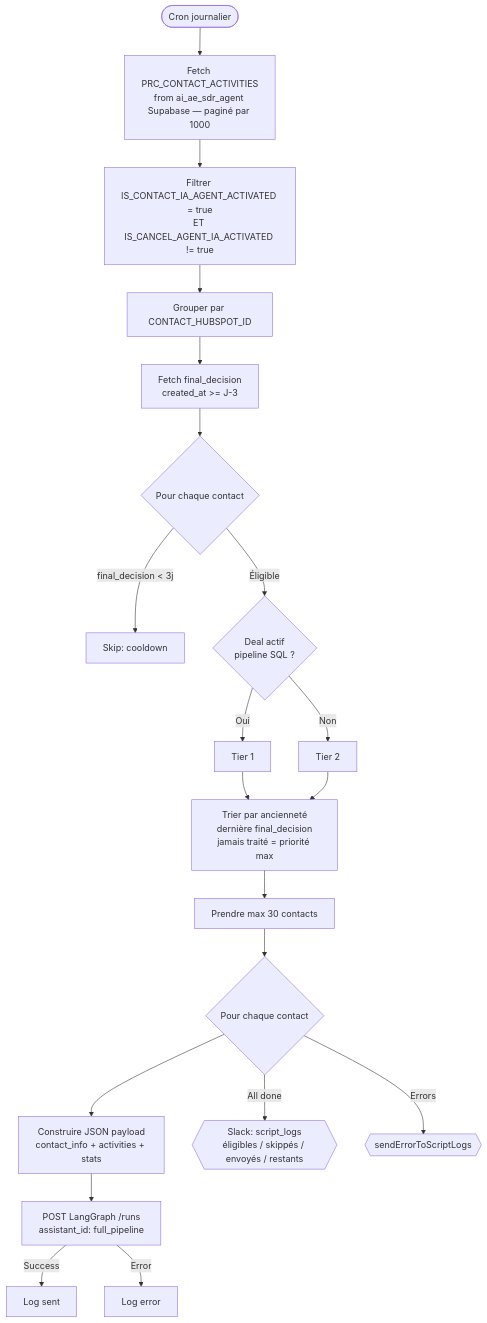
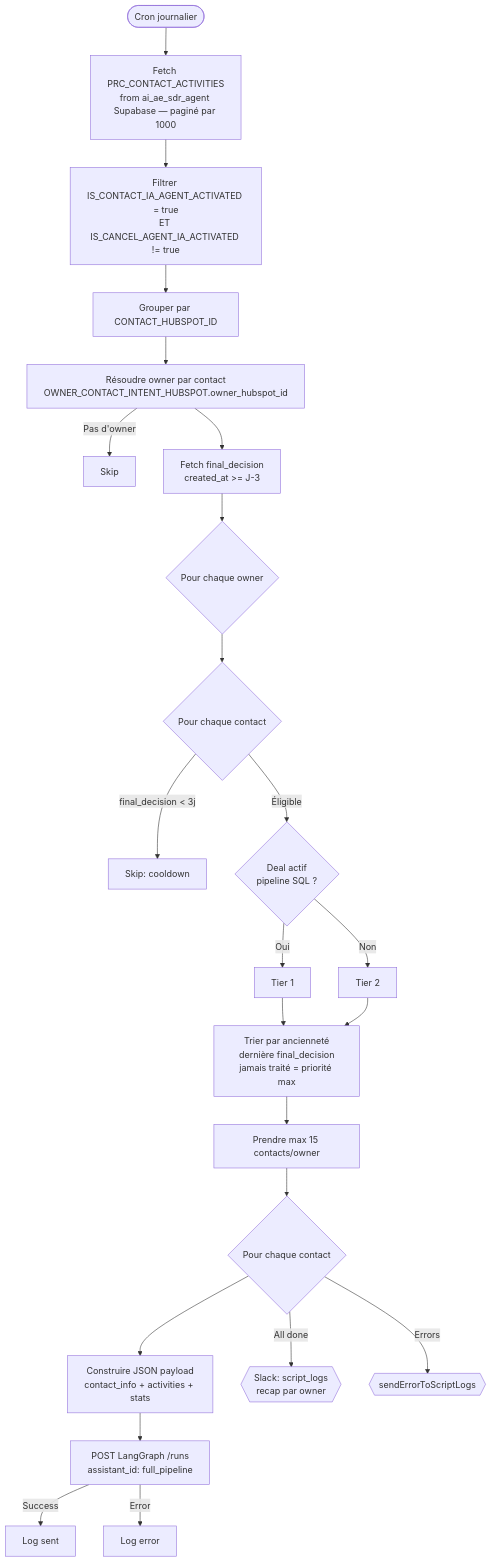
Before and after one commit to AirSaas/linkedin-scrapp: diagram 15 of 23 in CLAUDE.md, drawn with Mermaid. The commit also changed other lines of this file and 1 other file, not shown here.

Commit message:
Switch daily cap from 30 global to 15 per owner in send-contacts-to-langgraph
- Cap is now per owner (OWNER_CONTACT_INTENT_HUBSPOT.owner_hubspot_id), not global
- MAX_CONTACTS_PER_OWNER = 15 (was MAX_CONTACTS_PER_RUN = 30)
- Contacts without owner are skipped
- Slack recap now grouped by owner with per-owner stats
- Prioritization (Tier 1 deal / Tier 2 / FIFO) applied independently per owner

````diff
--- a/CLAUDE.md
+++ b/CLAUDE.md
@@ -370,24 +370,28 @@
 ```mermaid
 flowchart TD
     A([Cron journalier]) --> B[Fetch PRC_CONTACT_ACTIVITIES<br/>from ai_ae_sdr_agent Supabase — paginé par 1000]
     B --> C[Filtrer IS_CONTACT_IA_AGENT_ACTIVATED = true<br/>ET IS_CANCEL_AGENT_IA_ACTIVATED != true]
     C --> D[Grouper par CONTACT_HUBSPOT_ID]
 
-    D --> E[Fetch final_decision<br/>created_at >= J-3]
-    E --> F{Pour chaque contact}
-    F -->|final_decision < 3j| G[Skip: cooldown]
-    F -->|Éligible| H{Deal actif<br/>pipeline SQL ?}
-    H -->|Oui| I[Tier 1]
-    H -->|Non| J[Tier 2]
+    D --> E[Résoudre owner par contact<br/>OWNER_CONTACT_INTENT_HUBSPOT.owner_hubspot_id]
+    E -->|Pas d'owner| F[Skip]
 
-    I & J --> K[Trier par ancienneté<br/>dernière final_decision<br/>jamais traité = priorité max]
-    K --> L[Prendre max 30 contacts]
+    E --> G[Fetch final_decision<br/>created_at >= J-3]
+    G --> H{Pour chaque owner}
+    H --> I{Pour chaque contact}
+    I -->|final_decision < 3j| J[Skip: cooldown]
+    I -->|Éligible| K{Deal actif<br/>pipeline SQL ?}
+    K -->|Oui| L[Tier 1]
+    K -->|Non| M[Tier 2]
 
-    L --> M{Pour chaque contact}
-    M --> N[Construire JSON payload<br/>contact_info + activities + stats]
-    N --> O[POST LangGraph /runs<br/>assistant_id: full_pipeline]
-    O -->|Success| P[Log sent]
-    O -->|Error| Q[Log error]
-    M -->|All done| R{{Slack: script_logs<br/>éligibles / skippés / envoyés / restants}}
-    M -->|Errors| S{{sendErrorToScriptLogs}}
+    L & M --> N[Trier par ancienneté<br/>dernière final_decision<br/>jamais traité = priorité max]
+    N --> O[Prendre max 15 contacts/owner]
+
+    O --> P{Pour chaque contact}
+    P --> Q[Construire JSON payload<br/>contact_info + activities + stats]
+    Q --> R[POST LangGraph /runs<br/>assistant_id: full_pipeline]
+    R -->|Success| S[Log sent]
+    R -->|Error| T[Log error]
+    P -->|All done| U{{Slack: script_logs<br/>recap par owner}}
+    P -->|Errors| V{{sendErrorToScriptLogs}}
 ```
````
